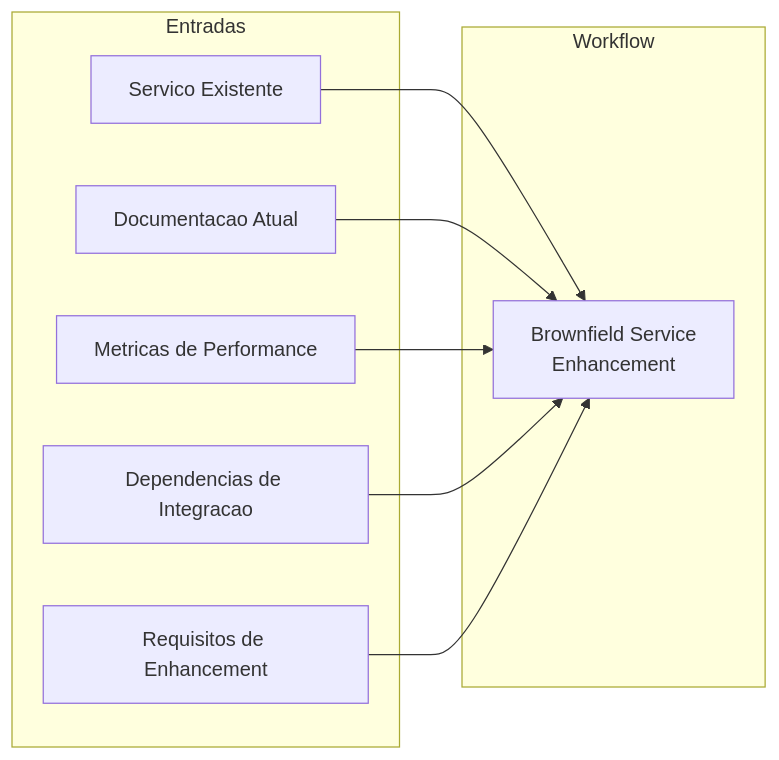
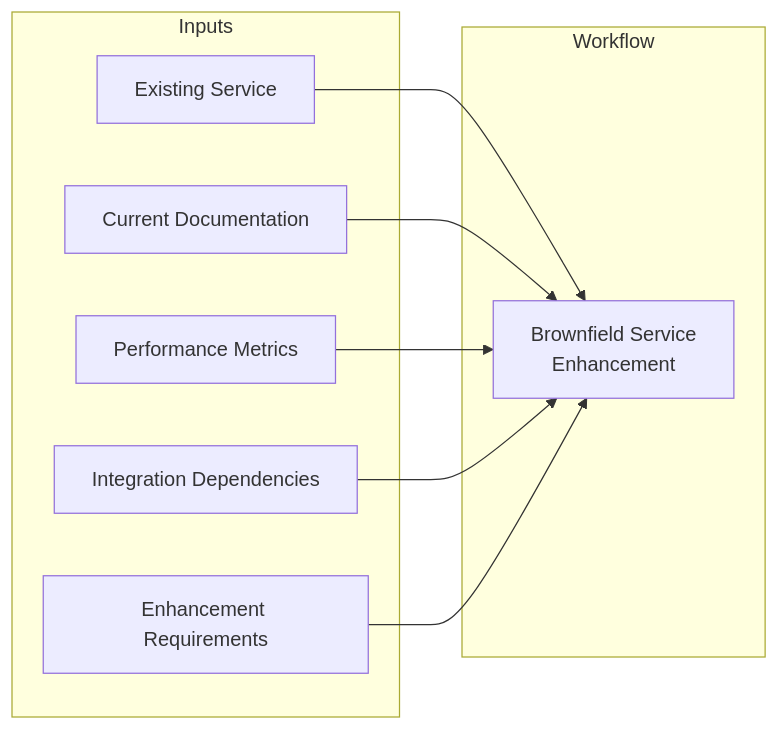
One commit to CyryxLabs/AEXOS changed the fourth of 6 diagrams in docs/aexos-workflows/brownfield-service-workflow.md. Above: the diagram before and after it, drawn with Mermaid. The commit also changed other lines of this file and 528 other files, not shown here.

````diff
--- a/docs/aexos-workflows/brownfield-service-workflow.md
+++ b/docs/aexos-workflows/brownfield-service-workflow.md
@@ -518,20 +518,20 @@
 ```mermaid
 graph LR
-    subgraph "Entradas"
-        E1[Servico Existente]
-        E2[Documentacao Atual]
-        E3[Metricas de Performance]
-        E4[Dependencias de Integracao]
-        E5[Requisitos de Enhancement]
+    subgraph "Inputs"
+        E1[Existing Service]
+        E2[Current Documentation]
+        E3[Performance Metrics]
+        E4[Integration Dependencies]
+        E5[Enhancement Requirements]
     end
 
     subgraph "Workflow"
         W[Brownfield Service<br/>Enhancement]
     end
 
     E1 --> W
     E2 --> W
     E3 --> W
     E4 --> W
     E5 --> W
 ```
````
